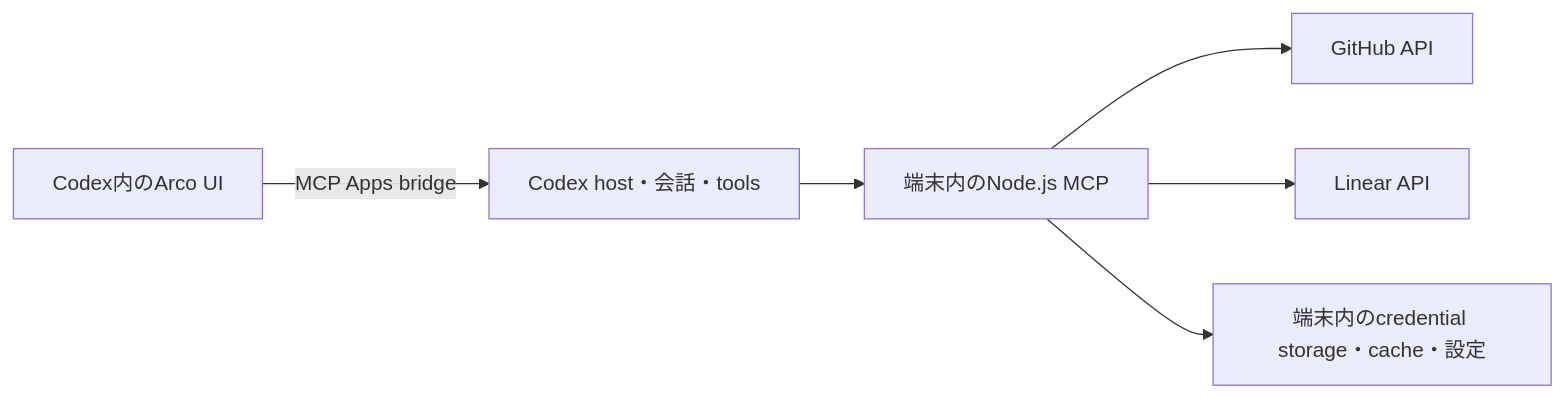
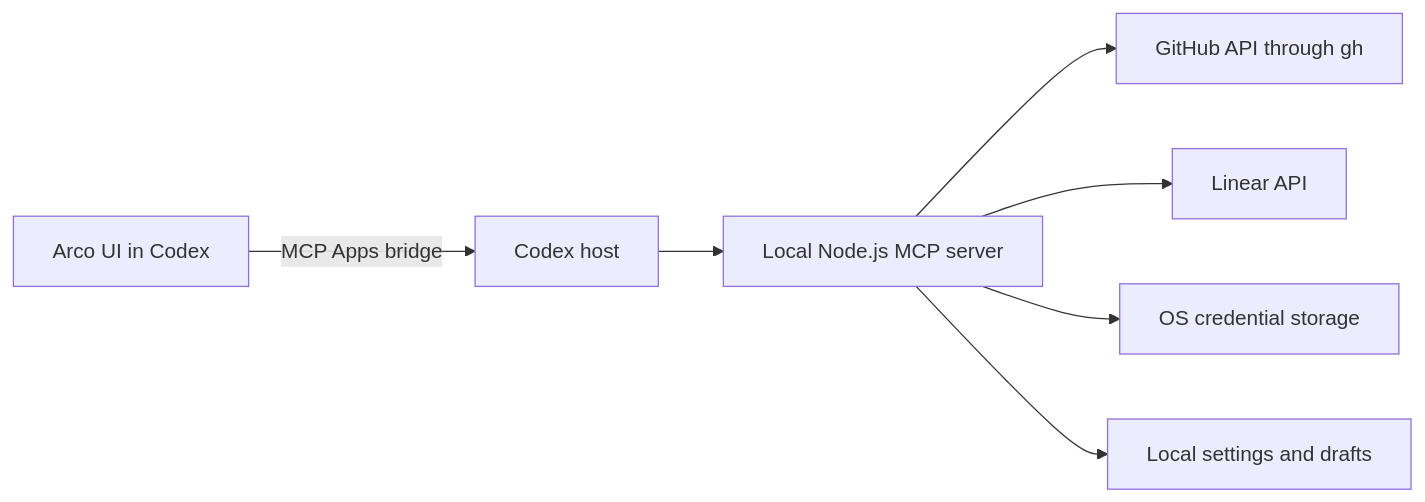
One commit to my-name-is-yu/Arco changed the diagram in docs/auth-distribution.md. Above: the diagram before and after it, drawn with Mermaid. The commit also changed other lines of this file and 155 other files, not shown here.

````diff
--- a/docs/auth-distribution.md
+++ b/docs/auth-distribution.md
@@ -18,8 +7,9 @@
 ```mermaid
 flowchart LR
-  UI[Codex内のArco UI] -->|MCP Apps bridge| Host[Codex host・会話・tools]
-  Host --> MCP[端末内のNode.js MCP]
-  MCP --> GitHub[GitHub API]
+  UI[Arco UI in Codex] -->|MCP Apps bridge| Host[Codex host]
+  Host --> MCP[Local Node.js MCP server]
+  MCP --> GitHub[GitHub API through gh]
   MCP --> Linear[Linear API]
-  MCP --> Store[端末内のcredential storage・cache・設定]
+  MCP --> Credentials[OS credential storage]
+  MCP --> State[Local settings and drafts]
 ```
````
